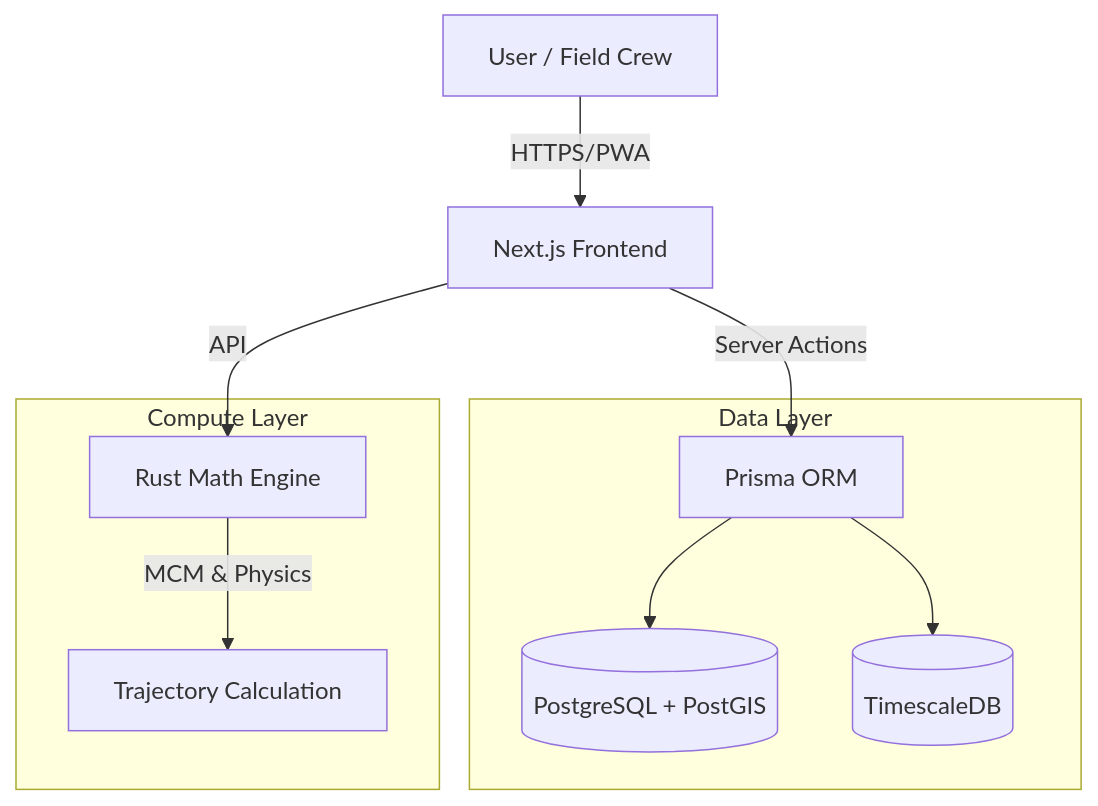
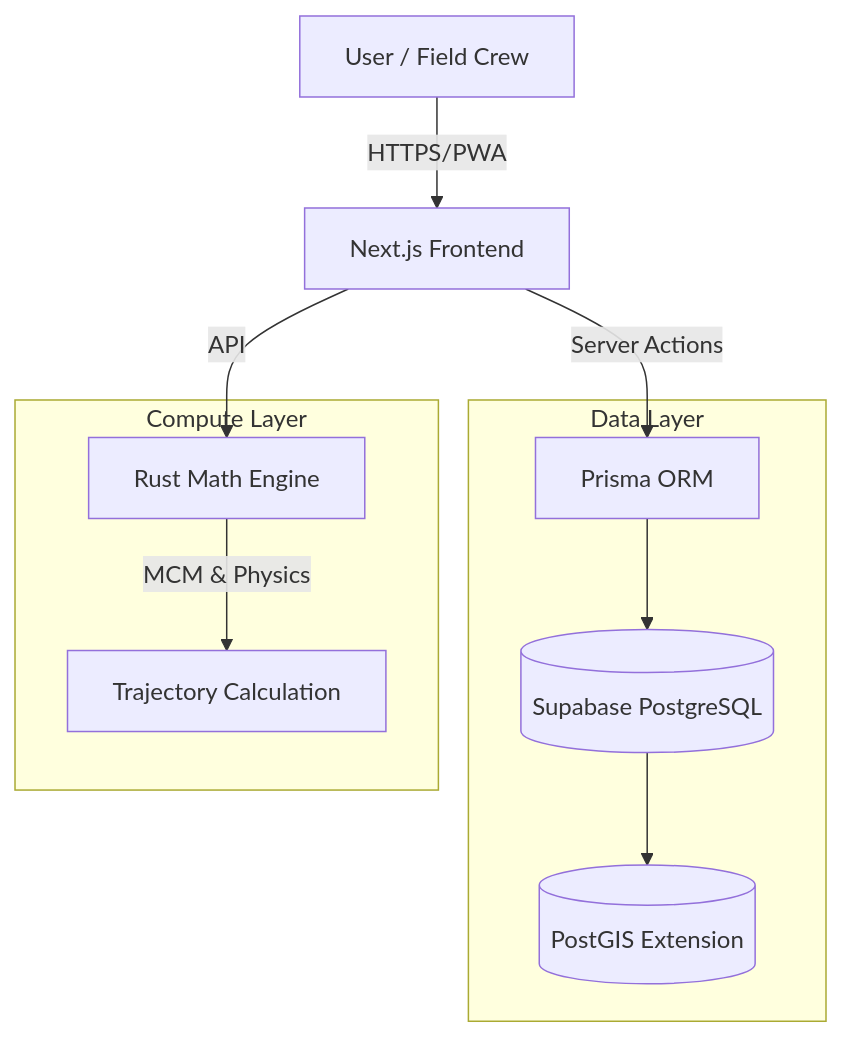
The first of 4 diagrams in README.md (nice-and-precise/MU), drawn with Mermaid before and after one commit. The commit also changed other lines of this file and 21 other files, not shown here.

````diff
--- a/README.md
+++ b/README.md
@@ -31,15 +31,15 @@
 ```mermaid
 graph TD
     User[User / Field Crew] -->|HTTPS/PWA| NextJS[Next.js Frontend]
     NextJS -->|Server Actions| Prisma[Prisma ORM]
     NextJS -->|API| RustEngine[Rust Math Engine]
     
     subgraph "Data Layer"
-        Prisma --> Postgres[(PostgreSQL + PostGIS)]
-        Prisma --> Timescale[(TimescaleDB)]
+        Prisma --> Supabase[(Supabase PostgreSQL)]
+        Supabase --> PostGIS[(PostGIS Extension)]
     end
     
     subgraph "Compute Layer"
         RustEngine -->|MCM & Physics| Calculation[Trajectory Calculation]
     end
 ```
````
